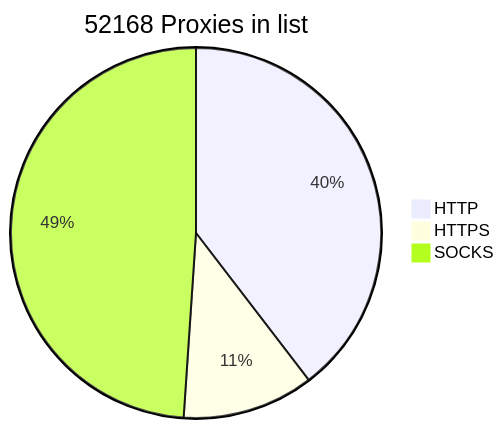
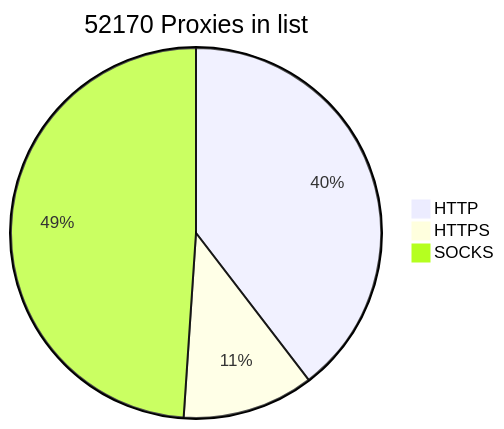
Before and after one commit to BlackSnowDot/proxylist-update-every-minute: the diagram in README.md, drawn with Mermaid.

````diff
--- a/README.md
+++ b/README.md
@@ -2,6 +2,6 @@
 ```mermaid
-pie title 52168 Proxies in list
-    "HTTP" : 22989
+pie title 52170 Proxies in list
+    "HTTP" : 22990
     "HTTPS": 6668
-    "SOCKS" : 28420
+    "SOCKS" : 28421
 ```
````
